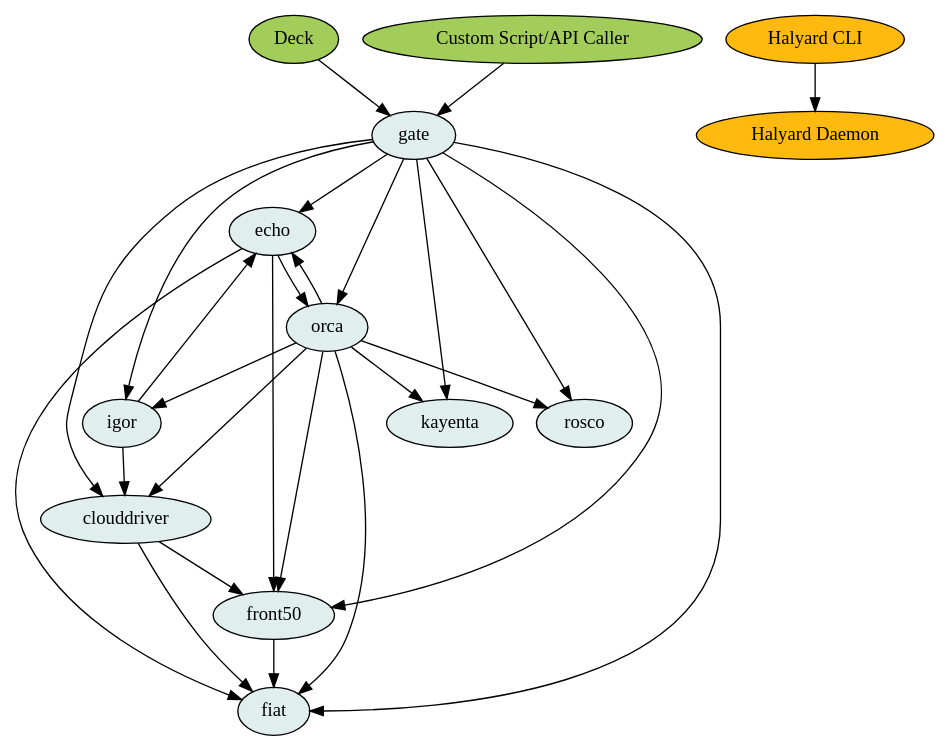
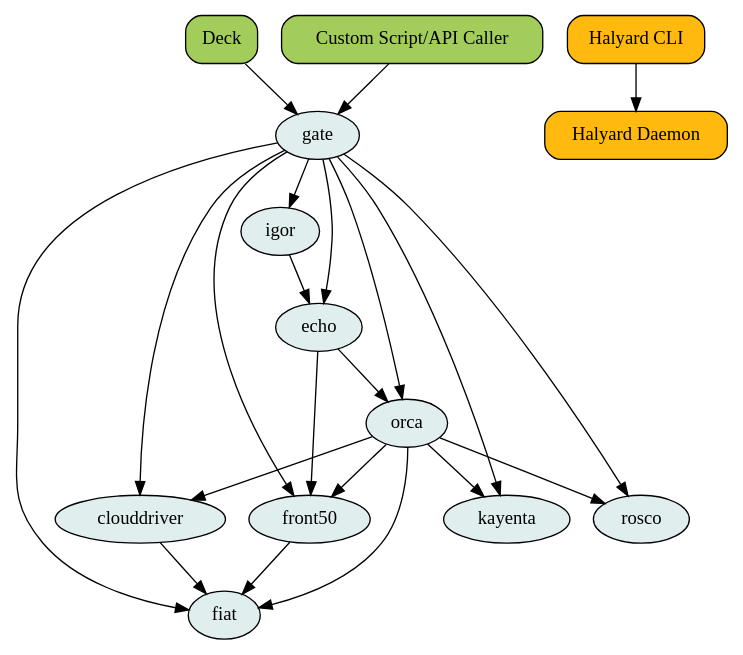
Before and after one commit to daniel-apolinario/symbiote: the diagram in spinnaker-architecture.dot, drawn with Graphviz. The commit also changed 9 other files, not shown here.

```diff
--- a/spinnaker-architecture.dot
+++ b/spinnaker-architecture.dot
@@ -1,41 +1,36 @@
 strict digraph G {
-  deck [ label="Deck", style="filled", fillcolor="darkolivegreen3" ]; 
-  apicaller [ label="Custom Script/API Caller", style="filled", fillcolor="darkolivegreen3" ]; 
-  halyardcli [ label="Halyard CLI", style="filled", fillcolor="darkgoldenrod1" ];
-  halyarddaemon [ label="Halyard Daemon", style="filled", fillcolor="darkgoldenrod1" ];
+  deck [ label="Deck", style="filled,rounded", fillcolor="darkolivegreen3", shape="box" ]; 
+  apicaller [ label="Custom Script/API Caller", style="filled, rounded", fillcolor="darkolivegreen3", shape="box" ]; 
+  halyardcli [ label="Halyard CLI", style="filled, rounded", fillcolor="darkgoldenrod1", shape="box" ];
+  halyarddaemon [ label="Halyard Daemon", style="filled, rounded", fillcolor="darkgoldenrod1", shape="box" ];
   clouddriver [ label="clouddriver", style="filled", fillcolor="azure2" ];
   echo [ label="echo", style="filled", fillcolor="azure2" ];
   fiat [ label="fiat", style="filled", fillcolor="azure2" ];
   front50 [ label="front50", style="filled", fillcolor="azure2" ];
   gate [ label="gate", style="filled", fillcolor="azure2" ];
   igor [ label="igor", style="filled", fillcolor="azure2" ];
   kayenta [ label="kayenta", style="filled", fillcolor="azure2" ];
   orca [ label="orca", style="filled", fillcolor="azure2" ];
   rosco [ label="rosco", style="filled", fillcolor="azure2" ];
   halyardcli -> halyarddaemon;
   deck -> gate;
   apicaller -> gate;
   gate -> orca;  
   gate -> clouddriver;
   gate -> front50;
   gate -> rosco;
   gate -> igor;
   gate -> echo;
   gate -> fiat;
   gate -> kayenta;
   orca -> clouddriver;
   orca -> front50;
   orca -> rosco;
-  orca -> igor;
-  orca -> echo;
   orca -> fiat;
   orca -> kayenta;
-  clouddriver -> front50;
   clouddriver -> fiat;  
   front50 -> fiat;
-  igor -> clouddriver;
   igor -> echo;
   echo -> orca;
   echo -> front50;
-  echo -> fiat;
 }
```
